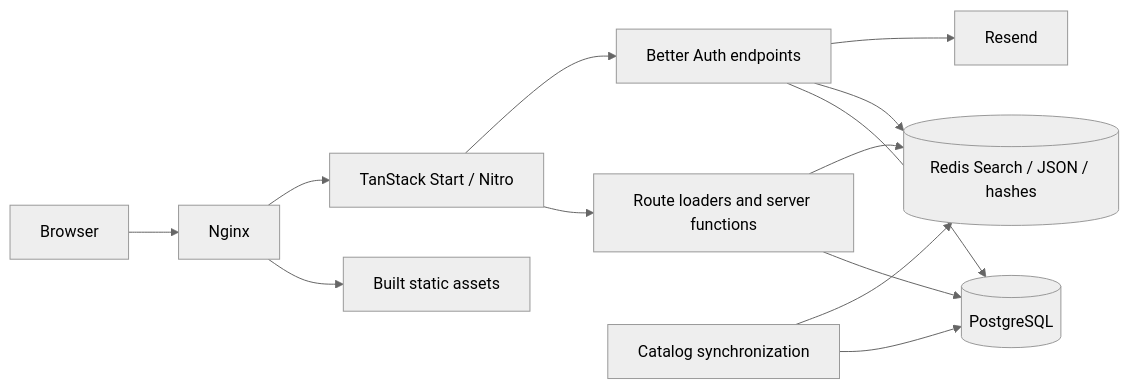
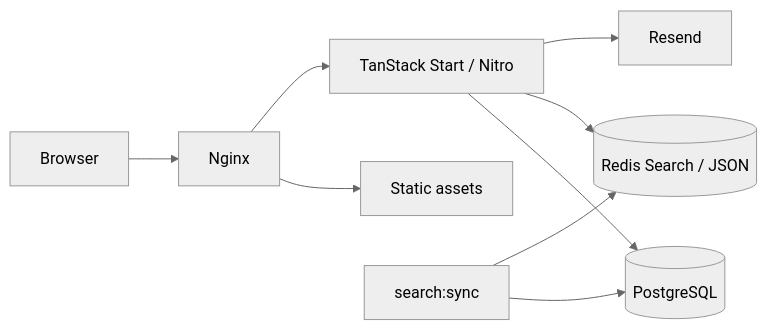
One commit to gchape/2o-app changed the first of 2 diagrams in README.md. Above: the diagram before and after it, drawn with Mermaid (neutral theme). The commit also changed other lines of this file and 46 other files, not shown here.

````diff
--- a/README.md
+++ b/README.md
@@ -109,15 +73,11 @@
 ```mermaid
 flowchart LR
-    Browser[Browser] --> Nginx[Nginx]
-    Nginx --> Assets[Built static assets]
+    Browser --> Nginx
+    Nginx --> Assets[Static assets]
     Nginx --> App[TanStack Start / Nitro]
-    App --> Routes[Route loaders and server functions]
-    App --> Auth[Better Auth endpoints]
-    Routes --> PG[(PostgreSQL)]
-    Routes --> Redis[(Redis Search / JSON / hashes)]
-    Auth --> PG
-    Auth --> Redis
-    Auth --> Email[Resend]
-    Sync[Catalog synchronization] --> PG
+    App --> PG[(PostgreSQL)]
+    App --> Redis[(Redis Search / JSON)]
+    App --> Email[Resend]
+    Sync[search:sync] --> PG
     Sync --> Redis
 ```
````
